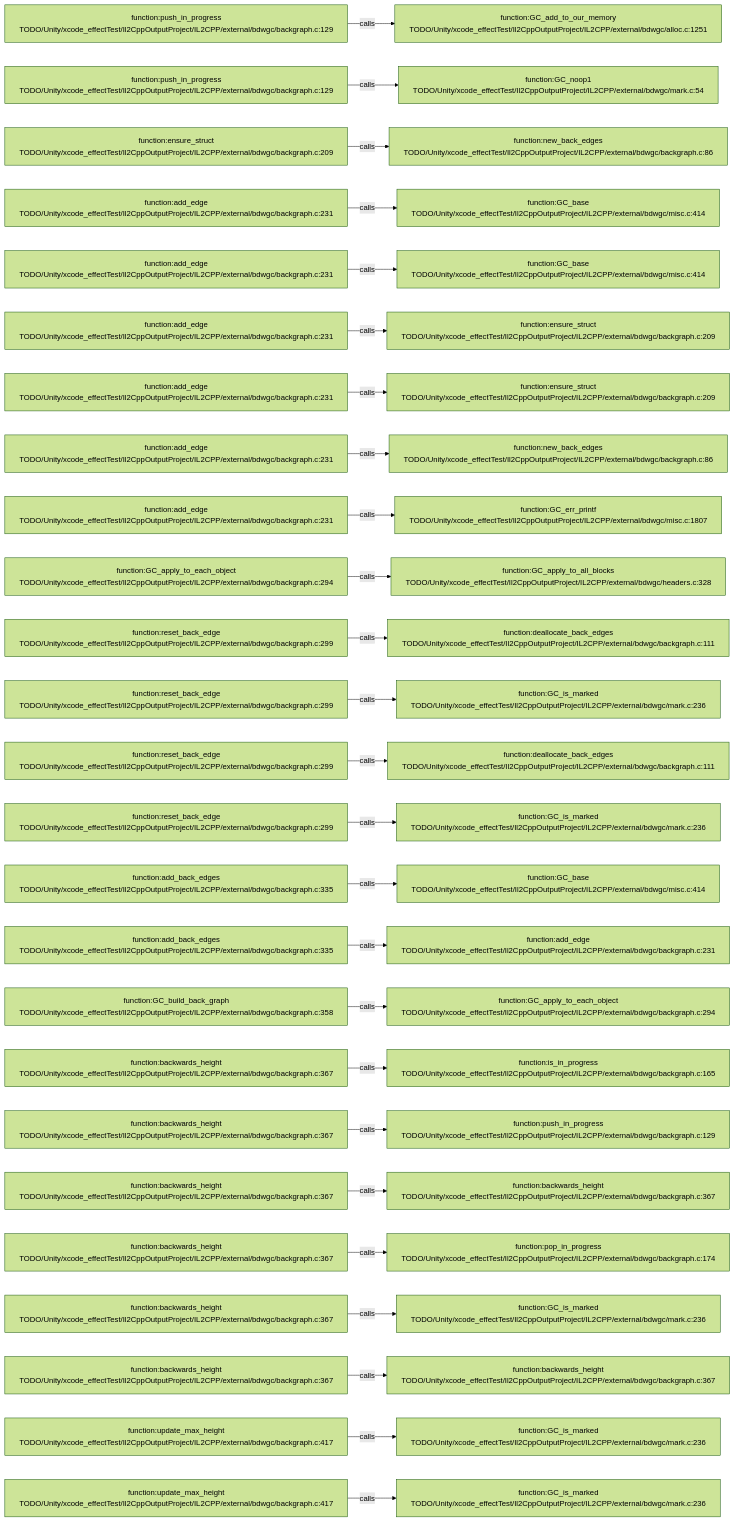
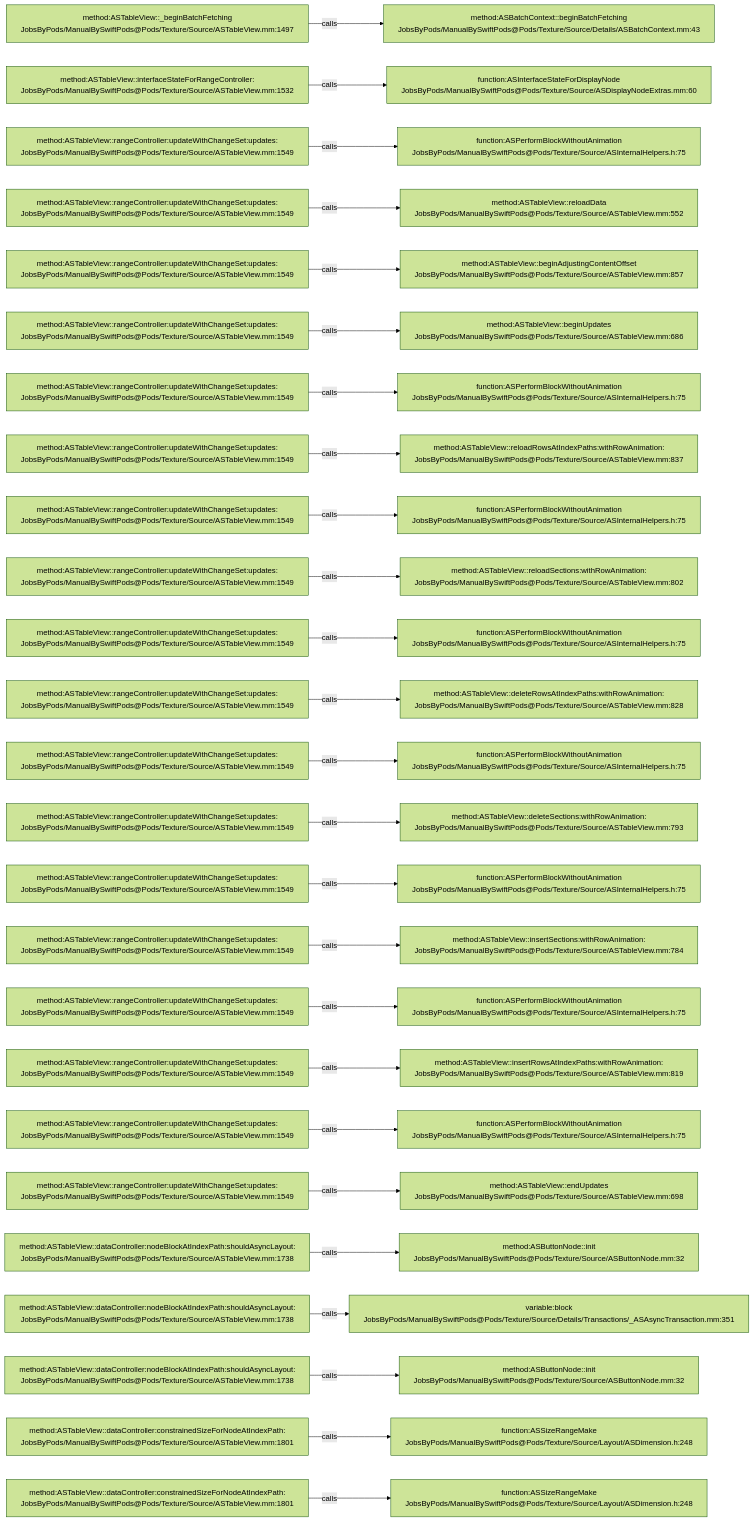
One commit to JobsKits/JobsSwiftBaseConfigDemo changed the diagram in .codegraph/codegraph.md/graphs/calls-081.md. Above: the diagram before and after it, drawn with Mermaid (forest theme). The commit also changed 2959 other files, not shown here.

````diff
--- a/.codegraph/codegraph.md/graphs/calls-081.md
+++ b/.codegraph/codegraph.md/graphs/calls-081.md
@@ -13,78 +13,78 @@
 ```mermaid
 flowchart LR
-  S1["function:push_in_progress<br/>TODO/Unity/xcode_effectTest/Il2CppOutputProject/IL2CPP/external/bdwgc/backgraph.c:129"]
-  T1["function:GC_add_to_our_memory<br/>TODO/Unity/xcode_effectTest/Il2CppOutputProject/IL2CPP/external/bdwgc/alloc.c:1251"]
+  S1["method:ASTableView::_beginBatchFetching<br/>JobsByPods/ManualBySwiftPods@Pods/Texture/Source/ASTableView.mm:1497"]
+  T1["method:ASBatchContext::beginBatchFetching<br/>JobsByPods/ManualBySwiftPods@Pods/Texture/Source/Details/ASBatchContext.mm:43"]
   S1 -->|calls| T1
-  S2["function:push_in_progress<br/>TODO/Unity/xcode_effectTest/Il2CppOutputProject/IL2CPP/external/bdwgc/backgraph.c:129"]
-  T2["function:GC_noop1<br/>TODO/Unity/xcode_effectTest/Il2CppOutputProject/IL2CPP/external/bdwgc/mark.c:54"]
+  S2["method:ASTableView::interfaceStateForRangeController:<br/>JobsByPods/ManualBySwiftPods@Pods/Texture/Source/ASTableView.mm:1532"]
+  T2["function:ASInterfaceStateForDisplayNode<br/>JobsByPods/ManualBySwiftPods@Pods/Texture/Source/ASDisplayNodeExtras.mm:60"]
   S2 -->|calls| T2
-  S3["function:ensure_struct<br/>TODO/Unity/xcode_effectTest/Il2CppOutputProject/IL2CPP/external/bdwgc/backgraph.c:209"]
-  T3["function:new_back_edges<br/>TODO/Unity/xcode_effectTest/Il2CppOutputProject/IL2CPP/external/bdwgc/backgraph.c:86"]
+  S3["method:ASTableView::rangeController:updateWithChangeSet:updates:<br/>JobsByPods/ManualBySwiftPods@Pods/Texture/Source/ASTableView.mm:1549"]
+  T3["function:ASPerformBlockWithoutAnimation<br/>JobsByPods/ManualBySwiftPods@Pods/Texture/Source/ASInternalHelpers.h:75"]
   S3 -->|calls| T3
-  S4["function:add_edge<br/>TODO/Unity/xcode_effectTest/Il2CppOutputProject/IL2CPP/external/bdwgc/backgraph.c:231"]
-  T4["function:GC_base<br/>TODO/Unity/xcode_effectTest/Il2CppOutputProject/IL2CPP/external/bdwgc/misc.c:414"]
+  S4["method:ASTableView::rangeController:updateWithChangeSet:updates:<br/>JobsByPods/ManualBySwiftPods@Pods/Texture/Source/ASTableView.mm:1549"]
+  T4["method:ASTableView::reloadData<br/>JobsByPods/ManualBySwiftPods@Pods/Texture/Source/ASTableView.mm:552"]
   S4 -->|calls| T4
-  S5["function:add_edge<br/>TODO/Unity/xcode_effectTest/Il2CppOutputProject/IL2CPP/external/bdwgc/backgraph.c:231"]
-  T5["function:GC_base<br/>TODO/Unity/xcode_effectTest/Il2CppOutputProject/IL2CPP/external/bdwgc/misc.c:414"]
+  S5["method:ASTableView::rangeController:updateWithChangeSet:updates:<br/>JobsByPods/ManualBySwiftPods@Pods/Texture/Source/ASTableView.mm:1549"]
+  T5["method:ASTableView::beginAdjustingContentOffset<br/>JobsByPods/ManualBySwiftPods@Pods/Texture/Source/ASTableView.mm:857"]
   S5 -->|calls| T5
-  S6["function:add_edge<br/>TODO/Unity/xcode_effectTest/Il2CppOutputProject/IL2CPP/external/bdwgc/backgraph.c:231"]
-  T6["function:ensure_struct<br/>TODO/Unity/xcode_effectTest/Il2CppOutputProject/IL2CPP/external/bdwgc/backgraph.c:209"]
+  S6["method:ASTableView::rangeController:updateWithChangeSet:updates:<br/>JobsByPods/ManualBySwiftPods@Pods/Texture/Source/ASTableView.mm:1549"]
+  T6["method:ASTableView::beginUpdates<br/>JobsByPods/ManualBySwiftPods@Pods/Texture/Source/ASTableView.mm:686"]
   S6 -->|calls| T6
-  S7["function:add_edge<br/>TODO/Unity/xcode_effectTest/Il2CppOutputProject/IL2CPP/external/bdwgc/backgraph.c:231"]
-  T7["function:ensure_struct<br/>TODO/Unity/xcode_effectTest/Il2CppOutputProject/IL2CPP/external/bdwgc/backgraph.c:209"]
+  S7["method:ASTableView::rangeController:updateWithChangeSet:updates:<br/>JobsByPods/ManualBySwiftPods@Pods/Texture/Source/ASTableView.mm:1549"]
+  T7["function:ASPerformBlockWithoutAnimation<br/>JobsByPods/ManualBySwiftPods@Pods/Texture/Source/ASInternalHelpers.h:75"]
   S7 -->|calls| T7
-  S8["function:add_edge<br/>TODO/Unity/xcode_effectTest/Il2CppOutputProject/IL2CPP/external/bdwgc/backgraph.c:231"]
-  T8["function:new_back_edges<br/>TODO/Unity/xcode_effectTest/Il2CppOutputProject/IL2CPP/external/bdwgc/backgraph.c:86"]
+  S8["method:ASTableView::rangeController:updateWithChangeSet:updates:<br/>JobsByPods/ManualBySwiftPods@Pods/Texture/Source/ASTableView.mm:1549"]
+  T8["method:ASTableView::reloadRowsAtIndexPaths:withRowAnimation:<br/>JobsByPods/ManualBySwiftPods@Pods/Texture/Source/ASTableView.mm:837"]
   S8 -->|calls| T8
-  S9["function:add_edge<br/>TODO/Unity/xcode_effectTest/Il2CppOutputProject/IL2CPP/external/bdwgc/backgraph.c:231"]
-  T9["function:GC_err_printf<br/>TODO/Unity/xcode_effectTest/Il2CppOutputProject/IL2CPP/external/bdwgc/misc.c:1807"]
+  S9["method:ASTableView::rangeController:updateWithChangeSet:updates:<br/>JobsByPods/ManualBySwiftPods@Pods/Texture/Source/ASTableView.mm:1549"]
+  T9["function:ASPerformBlockWithoutAnimation<br/>JobsByPods/ManualBySwiftPods@Pods/Texture/Source/ASInternalHelpers.h:75"]
   S9 -->|calls| T9
-  S10["function:GC_apply_to_each_object<br/>TODO/Unity/xcode_effectTest/Il2CppOutputProject/IL2CPP/external/bdwgc/backgraph.c:294"]
-  T10["function:GC_apply_to_all_blocks<br/>TODO/Unity/xcode_effectTest/Il2CppOutputProject/IL2CPP/external/bdwgc/headers.c:328"]
+  S10["method:ASTableView::rangeController:updateWithChangeSet:updates:<br/>JobsByPods/ManualBySwiftPods@Pods/Texture/Source/ASTableView.mm:1549"]
+  T10["method:ASTableView::reloadSections:withRowAnimation:<br/>JobsByPods/ManualBySwiftPods@Pods/Texture/Source/ASTableView.mm:802"]
   S10 -->|calls| T10
-  S11["function:reset_back_edge<br/>TODO/Unity/xcode_effectTest/Il2CppOutputProject/IL2CPP/external/bdwgc/backgraph.c:299"]
-  T11["function:deallocate_back_edges<br/>TODO/Unity/xcode_effectTest/Il2CppOutputProject/IL2CPP/external/bdwgc/backgraph.c:111"]
+  S11["method:ASTableView::rangeController:updateWithChangeSet:updates:<br/>JobsByPods/ManualBySwiftPods@Pods/Texture/Source/ASTableView.mm:1549"]
+  T11["function:ASPerformBlockWithoutAnimation<br/>JobsByPods/ManualBySwiftPods@Pods/Texture/Source/ASInternalHelpers.h:75"]
   S11 -->|calls| T11
-  S12["function:reset_back_edge<br/>TODO/Unity/xcode_effectTest/Il2CppOutputProject/IL2CPP/external/bdwgc/backgraph.c:299"]
-  T12["function:GC_is_marked<br/>TODO/Unity/xcode_effectTest/Il2CppOutputProject/IL2CPP/external/bdwgc/mark.c:236"]
+  S12["method:ASTableView::rangeController:updateWithChangeSet:updates:<br/>JobsByPods/ManualBySwiftPods@Pods/Texture/Source/ASTableView.mm:1549"]
+  T12["method:ASTableView::deleteRowsAtIndexPaths:withRowAnimation:<br/>JobsByPods/ManualBySwiftPods@Pods/Texture/Source/ASTableView.mm:828"]
   S12 -->|calls| T12
-  S13["function:reset_back_edge<br/>TODO/Unity/xcode_effectTest/Il2CppOutputProject/IL2CPP/external/bdwgc/backgraph.c:299"]
-  T13["function:deallocate_back_edges<br/>TODO/Unity/xcode_effectTest/Il2CppOutputProject/IL2CPP/external/bdwgc/backgraph.c:111"]
+  S13["method:ASTableView::rangeController:updateWithChangeSet:updates:<br/>JobsByPods/ManualBySwiftPods@Pods/Texture/Source/ASTableView.mm:1549"]
+  T13["function:ASPerformBlockWithoutAnimation<br/>JobsByPods/ManualBySwiftPods@Pods/Texture/Source/ASInternalHelpers.h:75"]
   S13 -->|calls| T13
-  S14["function:reset_back_edge<br/>TODO/Unity/xcode_effectTest/Il2CppOutputProject/IL2CPP/external/bdwgc/backgraph.c:299"]
-  T14["function:GC_is_marked<br/>TODO/Unity/xcode_effectTest/Il2CppOutputProject/IL2CPP/external/bdwgc/mark.c:236"]
+  S14["method:ASTableView::rangeController:updateWithChangeSet:updates:<br/>JobsByPods/ManualBySwiftPods@Pods/Texture/Source/ASTableView.mm:1549"]
+  T14["method:ASTableView::deleteSections:withRowAnimation:<br/>JobsByPods/ManualBySwiftPods@Pods/Texture/Source/ASTableView.mm:793"]
   S14 -->|calls| T14
-  S15["function:add_back_edges<br/>TODO/Unity/xcode_effectTest/Il2CppOutputProject/IL2CPP/external/bdwgc/backgraph.c:335"]
-  T15["function:GC_base<br/>TODO/Unity/xcode_effectTest/Il2CppOutputProject/IL2CPP/external/bdwgc/misc.c:414"]
+  S15["method:ASTableView::rangeController:updateWithChangeSet:updates:<br/>JobsByPods/ManualBySwiftPods@Pods/Texture/Source/ASTableView.mm:1549"]
+  T15["function:ASPerformBlockWithoutAnimation<br/>JobsByPods/ManualBySwiftPods@Pods/Texture/Source/ASInternalHelpers.h:75"]
   S15 -->|calls| T15
-  S16["function:add_back_edges<br/>TODO/Unity/xcode_effectTest/Il2CppOutputProject/IL2CPP/external/bdwgc/backgraph.c:335"]
-  T16["function:add_edge<br/>TODO/Unity/xcode_effectTest/Il2CppOutputProject/IL2CPP/external/bdwgc/backgraph.c:231"]
+  S16["method:ASTableView::rangeController:updateWithChangeSet:updates:<br/>JobsByPods/ManualBySwiftPods@Pods/Texture/Source/ASTableView.mm:1549"]
+  T16["method:ASTableView::insertSections:withRowAnimation:<br/>JobsByPods/ManualBySwiftPods@Pods/Texture/Source/ASTableView.mm:784"]
   S16 -->|calls| T16
-  S17["function:GC_build_back_graph<br/>TODO/Unity/xcode_effectTest/Il2CppOutputProject/IL2CPP/external/bdwgc/backgraph.c:358"]
-  T17["function:GC_apply_to_each_object<br/>TODO/Unity/xcode_effectTest/Il2CppOutputProject/IL2CPP/external/bdwgc/backgraph.c:294"]
+  S17["method:ASTableView::rangeController:updateWithChangeSet:updates:<br/>JobsByPods/ManualBySwiftPods@Pods/Texture/Source/ASTableView.mm:1549"]
+  T17["function:ASPerformBlockWithoutAnimation<br/>JobsByPods/ManualBySwiftPods@Pods/Texture/Source/ASInternalHelpers.h:75"]
   S17 -->|calls| T17
-  S18["function:backwards_height<br/>TODO/Unity/xcode_effectTest/Il2CppOutputProject/IL2CPP/external/bdwgc/backgraph.c:367"]
-  T18["function:is_in_progress<br/>TODO/Unity/xcode_effectTest/Il2CppOutputProject/IL2CPP/external/bdwgc/backgraph.c:165"]
+  S18["method:ASTableView::rangeController:updateWithChangeSet:updates:<br/>JobsByPods/ManualBySwiftPods@Pods/Texture/Source/ASTableView.mm:1549"]
+  T18["method:ASTableView::insertRowsAtIndexPaths:withRowAnimation:<br/>JobsByPods/ManualBySwiftPods@Pods/Texture/Source/ASTableView.mm:819"]
   S18 -->|calls| T18
-  S19["function:backwards_height<br/>TODO/Unity/xcode_effectTest/Il2CppOutputProject/IL2CPP/external/bdwgc/backgraph.c:367"]
-  T19["function:push_in_progress<br/>TODO/Unity/xcode_effectTest/Il2CppOutputProject/IL2CPP/external/bdwgc/backgraph.c:129"]
+  S19["method:ASTableView::rangeController:updateWithChangeSet:updates:<br/>JobsByPods/ManualBySwiftPods@Pods/Texture/Source/ASTableView.mm:1549"]
+  T19["function:ASPerformBlockWithoutAnimation<br/>JobsByPods/ManualBySwiftPods@Pods/Texture/Source/ASInternalHelpers.h:75"]
   S19 -->|calls| T19
-  S20["function:backwards_height<br/>TODO/Unity/xcode_effectTest/Il2CppOutputProject/IL2CPP/external/bdwgc/backgraph.c:367"]
-  T20["function:backwards_height<br/>TODO/Unity/xcode_effectTest/Il2CppOutputProject/IL2CPP/external/bdwgc/backgraph.c:367"]
+  S20["method:ASTableView::rangeController:updateWithChangeSet:updates:<br/>JobsByPods/ManualBySwiftPods@Pods/Texture/Source/ASTableView.mm:1549"]
+  T20["method:ASTableView::endUpdates<br/>JobsByPods/ManualBySwiftPods@Pods/Texture/Source/ASTableView.mm:698"]
   S20 -->|calls| T20
-  S21["function:backwards_height<br/>TODO/Unity/xcode_effectTest/Il2CppOutputProject/IL2CPP/external/bdwgc/backgraph.c:367"]
-  T21["function:pop_in_progress<br/>TODO/Unity/xcode_effectTest/Il2CppOutputProject/IL2CPP/external/bdwgc/backgraph.c:174"]
+  S21["method:ASTableView::dataController:nodeBlockAtIndexPath:shouldAsyncLayout:<br/>JobsByPods/ManualBySwiftPods@Pods/Texture/Source/ASTableView.mm:1738"]
+  T21["method:ASButtonNode::init<br/>JobsByPods/ManualBySwiftPods@Pods/Texture/Source/ASButtonNode.mm:32"]
   S21 -->|calls| T21
-  S22["function:backwards_height<br/>TODO/Unity/xcode_effectTest/Il2CppOutputProject/IL2CPP/external/bdwgc/backgraph.c:367"]
-  T22["function:GC_is_marked<br/>TODO/Unity/xcode_effectTest/Il2CppOutputProject/IL2CPP/external/bdwgc/mark.c:236"]
+  S22["method:ASTableView::dataController:nodeBlockAtIndexPath:shouldAsyncLayout:<br/>JobsByPods/ManualBySwiftPods@Pods/Texture/Source/ASTableView.mm:1738"]
+  T22["variable:block<br/>JobsByPods/ManualBySwiftPods@Pods/Texture/Source/Details/Transactions/_ASAsyncTransaction.mm:351"]
   S22 -->|calls| T22
-  S23["function:backwards_height<br/>TODO/Unity/xcode_effectTest/Il2CppOutputProject/IL2CPP/external/bdwgc/backgraph.c:367"]
-  T23["function:backwards_height<br/>TODO/Unity/xcode_effectTest/Il2CppOutputProject/IL2CPP/external/bdwgc/backgraph.c:367"]
+  S23["method:ASTableView::dataController:nodeBlockAtIndexPath:shouldAsyncLayout:<br/>JobsByPods/ManualBySwiftPods@Pods/Texture/Source/ASTableView.mm:1738"]
+  T23["method:ASButtonNode::init<br/>JobsByPods/ManualBySwiftPods@Pods/Texture/Source/ASButtonNode.mm:32"]
   S23 -->|calls| T23
-  S24["function:update_max_height<br/>TODO/Unity/xcode_effectTest/Il2CppOutputProject/IL2CPP/external/bdwgc/backgraph.c:417"]
-  T24["function:GC_is_marked<br/>TODO/Unity/xcode_effectTest/Il2CppOutputProject/IL2CPP/external/bdwgc/mark.c:236"]
+  S24["method:ASTableView::dataController:constrainedSizeForNodeAtIndexPath:<br/>JobsByPods/ManualBySwiftPods@Pods/Texture/Source/ASTableView.mm:1801"]
+  T24["function:ASSizeRangeMake<br/>JobsByPods/ManualBySwiftPods@Pods/Texture/Source/Layout/ASDimension.h:248"]
   S24 -->|calls| T24
-  S25["function:update_max_height<br/>TODO/Unity/xcode_effectTest/Il2CppOutputProject/IL2CPP/external/bdwgc/backgraph.c:417"]
-  T25["function:GC_is_marked<br/>TODO/Unity/xcode_effectTest/Il2CppOutputProject/IL2CPP/external/bdwgc/mark.c:236"]
+  S25["method:ASTableView::dataController:constrainedSizeForNodeAtIndexPath:<br/>JobsByPods/ManualBySwiftPods@Pods/Texture/Source/ASTableView.mm:1801"]
+  T25["function:ASSizeRangeMake<br/>JobsByPods/ManualBySwiftPods@Pods/Texture/Source/Layout/ASDimension.h:248"]
   S25 -->|calls| T25
 ```
````
